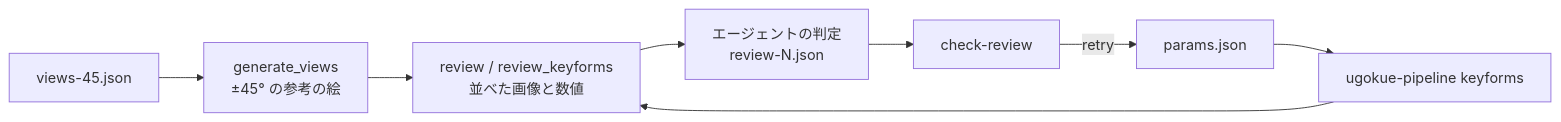
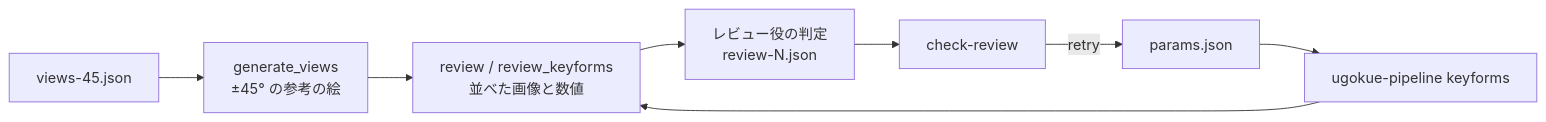
The diagram in docs/spec/agent-review.md (kawawa1989/ugokue), drawn with Mermaid before and after one commit. The commit also changed other lines of this file and 5 other files, not shown here.

````diff
--- a/docs/spec/agent-review.md
+++ b/docs/spec/agent-review.md
@@ -9,10 +12,10 @@
 ```mermaid
 flowchart LR
     spec[views-45.json] --> gen[generate_views<br/>±45° の参考の絵]
     params[params.json] --> keyforms[ugokue-pipeline keyforms]
     keyforms --> pack[review / review_keyforms<br/>並べた画像と数値]
     gen --> pack
-    pack --> agent[エージェントの判定<br/>review-N.json]
+    pack --> agent[レビュー役の判定<br/>review-N.json]
     agent --> check[check-review]
     check -->|retry| params
 ```
````
